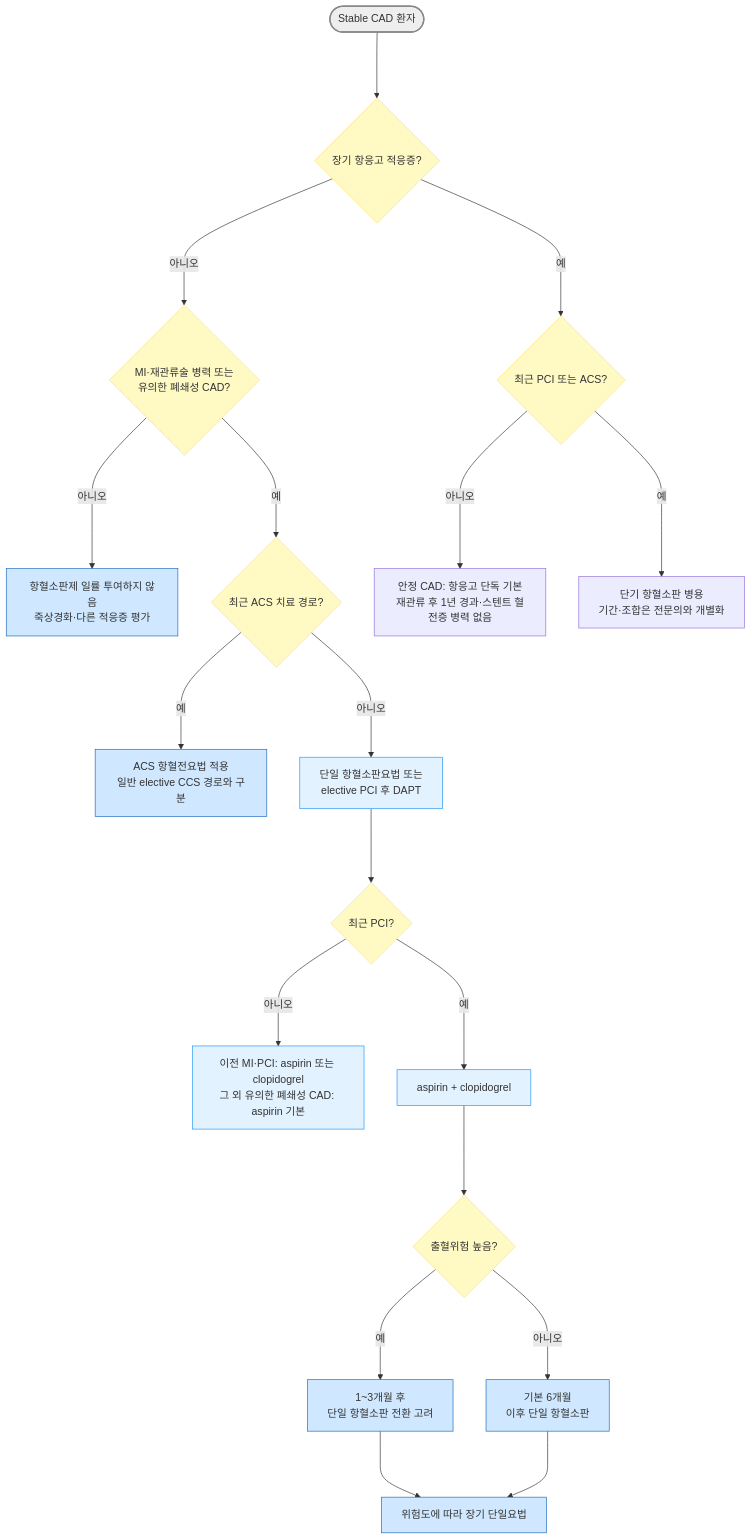
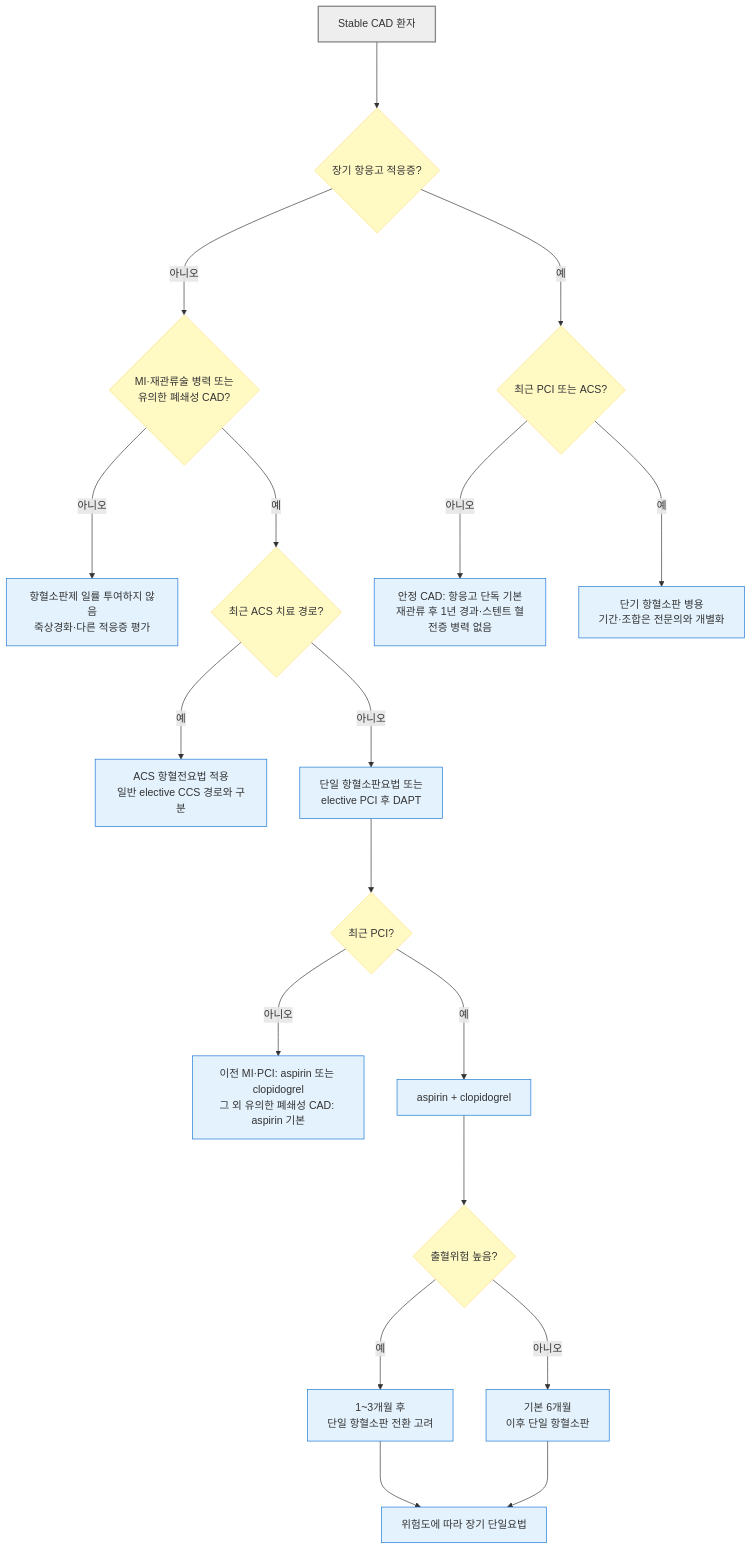
Before and after one commit to familyoh77/familyoh77: the second of 3 diagrams in 225_/097_-angina-pectoris.md, drawn with Mermaid. The commit also changed other lines of this file and 5 other files, not shown here.

````diff
--- a/225_/097_-angina-pectoris.md
+++ b/225_/097_-angina-pectoris.md
@@ -502,28 +507,35 @@
 ```mermaid
-graph TD
-    A([Stable CAD 환자]) ---> Q{장기 항응고 적응증?}
-    Q -- 아니오 ---> U{MI·재관류술 병력 또는<br/>유의한 폐쇄성 CAD?}
-    U -- 아니오 ---> V[항혈소판제 일률 투여하지 않음<br/>죽상경화·다른 적응증 평가]
-    U -- 예 ---> W{최근 ACS 치료 경로?}
-    W -- 예 ---> X[ACS 항혈전요법 적용<br/>일반 elective CCS 경로와 구분]
-    W -- 아니오 ---> B[단일 항혈소판요법 또는<br/>elective PCI 후 DAPT]
-    Q -- 예 ---> R{최근 PCI 또는 ACS?}
-    R -- 아니오 ---> S[안정 CAD: 항응고 단독 기본<br/>재관류 후 1년 경과·스텐트 혈전증 병력 없음]
-    R -- 예 ---> T[단기 항혈소판 병용<br/>기간·조합은 전문의와 개별화]
-    B ---> C{최근 PCI?}
-    C -- 아니오 ---> D[이전 MI·PCI: aspirin 또는 clopidogrel<br/>그 외 유의한 폐쇄성 CAD: aspirin 기본]
-    C -- 예 ---> E[aspirin + clopidogrel]
-    E ---> F{출혈위험 높음?}
-    F -- 예 ---> G[1~3개월 후<br/>단일 항혈소판 전환 고려]
-    F -- 아니오 ---> H[기본 6개월<br/>이후 단일 항혈소판]
-    G ---> I[위험도에 따라 장기 단일요법]
+flowchart TD
+    A["Stable CAD 환자"] ---> Q{"장기 항응고 적응증?"}
+    Q -- 아니오 ---> U{"MI·재관류술 병력 또는
+유의한 폐쇄성 CAD?"}
+    U -- 아니오 ---> V["항혈소판제 일률 투여하지 않음
+죽상경화·다른 적응증 평가"]
+    U -- 예 ---> W{"최근 ACS 치료 경로?"}
+    W -- 예 ---> X["ACS 항혈전요법 적용
+일반 elective CCS 경로와 구분"]
+    W -- 아니오 ---> B["단일 항혈소판요법 또는
+elective PCI 후 DAPT"]
+    Q -- 예 ---> R{"최근 PCI 또는 ACS?"}
+    R -- 아니오 ---> S["안정 CAD: 항응고 단독 기본
+재관류 후 1년 경과·스텐트 혈전증 병력 없음"]
+    R -- 예 ---> T["단기 항혈소판 병용
+기간·조합은 전문의와 개별화"]
+    B ---> C{"최근 PCI?"}
+    C -- 아니오 ---> D["이전 MI·PCI: aspirin 또는 clopidogrel
+그 외 유의한 폐쇄성 CAD: aspirin 기본"]
+    C -- 예 ---> E["aspirin + clopidogrel"]
+    E ---> F{"출혈위험 높음?"}
+    F -- 예 ---> G["1~3개월 후
+단일 항혈소판 전환 고려"]
+    F -- 아니오 ---> H["기본 6개월
+이후 단일 항혈소판"]
+    G ---> I["위험도에 따라 장기 단일요법"]
     H ---> I
-
-style A fill:#eeeeee,stroke:#888888,stroke-width:2px
-classDef yellow fill:#fff9c4,stroke:#ffe082
-class C,F,Q,R,U,W yellow
-classDef sky fill:#e3f2ff,stroke:#2196f3
-class B,E,D sky
-classDef blue fill:#d0e8ff,stroke:#1a6abf
-class G,H,I,V,X blue
+    classDef question fill:#fff9c4,stroke:#ffe082
+    classDef treatment fill:#e3f2fd,stroke:#1976d2
+    classDef emergency fill:#ffdddd,stroke:#d32f2f,stroke-width:2px
+    class Q,U,W,R,C,F question
+    class V,X,B,S,T,D,E,G,H,I treatment
+    style A fill:#eeeeee,stroke:#888888,stroke-width:2px
 ```
````
